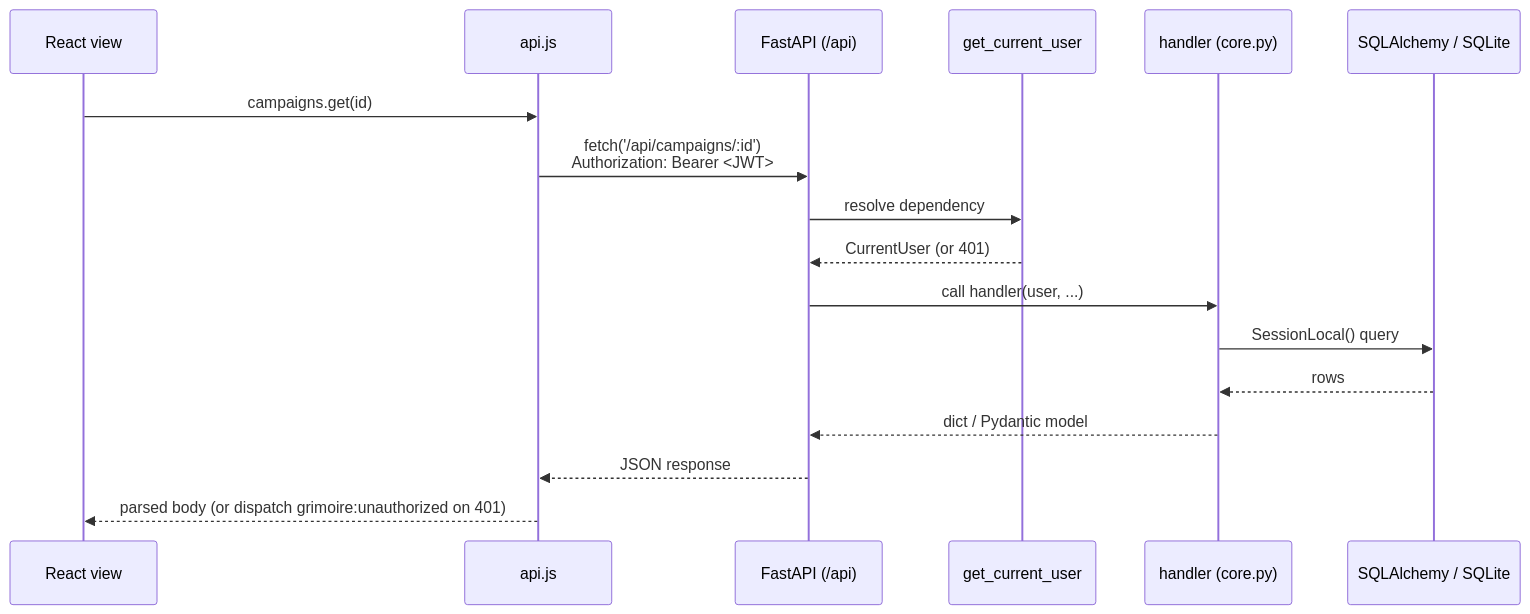
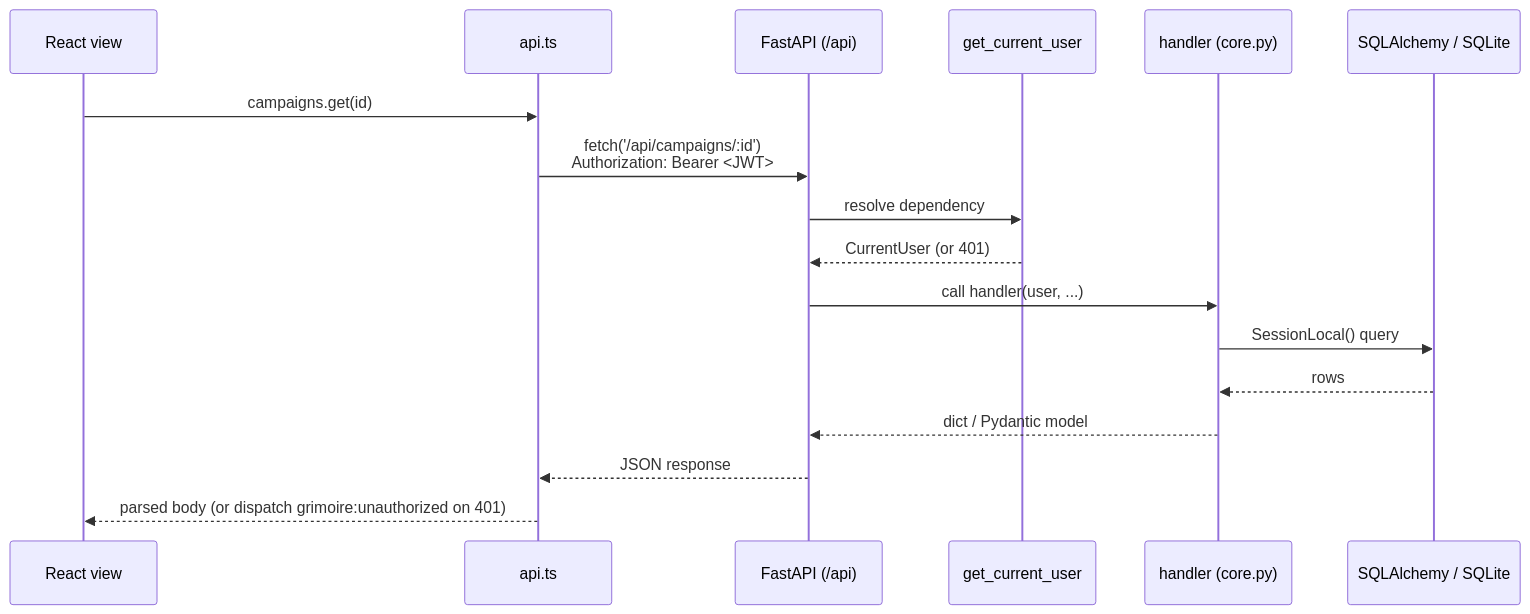
The first of 2 diagrams in docs/architecture.md (hunter-read/grimoire), drawn with Mermaid before and after one commit. The commit also changed other lines of this file and 57 other files, not shown here.

First line of the commit message:
Feat: Migrate the frontend to TypeScript, starting with API types from the OpenAPI schema

````diff
--- a/docs/architecture.md
+++ b/docs/architecture.md
@@ -75,20 +75,20 @@
 ```mermaid
 sequenceDiagram
     participant UI as React view
-    participant API as api.js
+    participant API as api.ts
     participant FA as FastAPI (/api)
     participant Dep as get_current_user
     participant H as handler (core.py)
     participant DB as SQLAlchemy / SQLite
 
     UI->>API: campaigns.get(id)
     API->>FA: fetch('/api/campaigns/:id')<br/>Authorization: Bearer <JWT>
     FA->>Dep: resolve dependency
     Dep-->>FA: CurrentUser (or 401)
     FA->>H: call handler(user, ...)
     H->>DB: SessionLocal() query
     DB-->>H: rows
     H-->>FA: dict / Pydantic model
     FA-->>API: JSON response
     API-->>UI: parsed body (or dispatch grimoire:unauthorized on 401)
 ```
````
